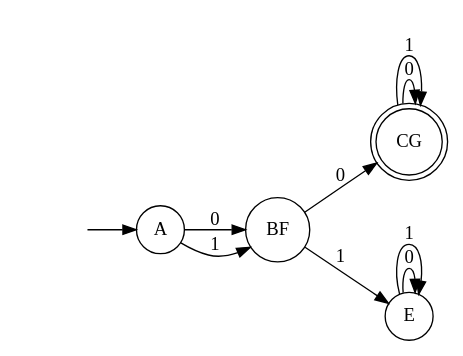
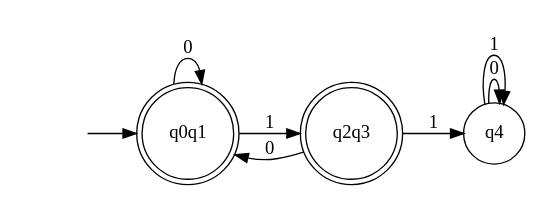
One commit to LPfontes/projeto_ling_formal changed the diagram in tfm/static/imagem/AFD_MIN.gv. Above: the diagram before and after it, drawn with Graphviz. The commit also changed 3 other files, not shown here.

```diff
--- a/tfm/static/imagem/AFD_MIN.gv
+++ b/tfm/static/imagem/AFD_MIN.gv
@@ -1,17 +1,14 @@
 digraph "tfm\static\imagem\AFD_MIN" {
 	graph [rankdir=LR]
 	"" [label="" shape=plaintext]
-	CG [label=CG shape=doublecircle]
-	BF [label=BF shape=circle]
-	A [label=A shape=circle]
-	E [label=E shape=circle]
-	"" -> A [label=""]
-	A -> BF [label=0]
-	A -> BF [label=1]
-	BF -> CG [label=0]
-	BF -> E [label=1]
-	CG -> CG [label=0]
-	CG -> CG [label=1]
-	E -> E [label=0]
-	E -> E [label=1]
+	q0q1 [label=q0q1 shape=doublecircle]
+	q2q3 [label=q2q3 shape=doublecircle]
+	q4 [label=q4 shape=circle]
+	"" -> q0q1 [label=""]
+	q0q1 -> q0q1 [label=0]
+	q0q1 -> q2q3 [label=1]
+	q2q3 -> q0q1 [label=0]
+	q2q3 -> q4 [label=1]
+	q4 -> q4 [label=0]
+	q4 -> q4 [label=1]
 }
```
